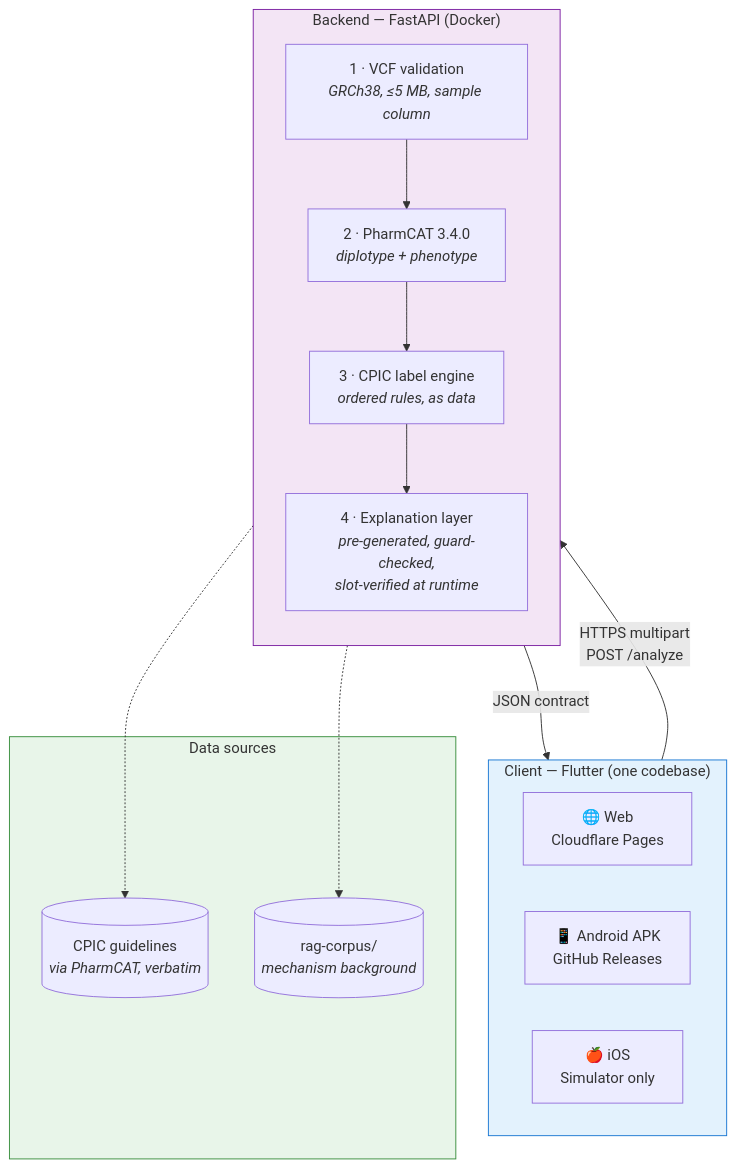
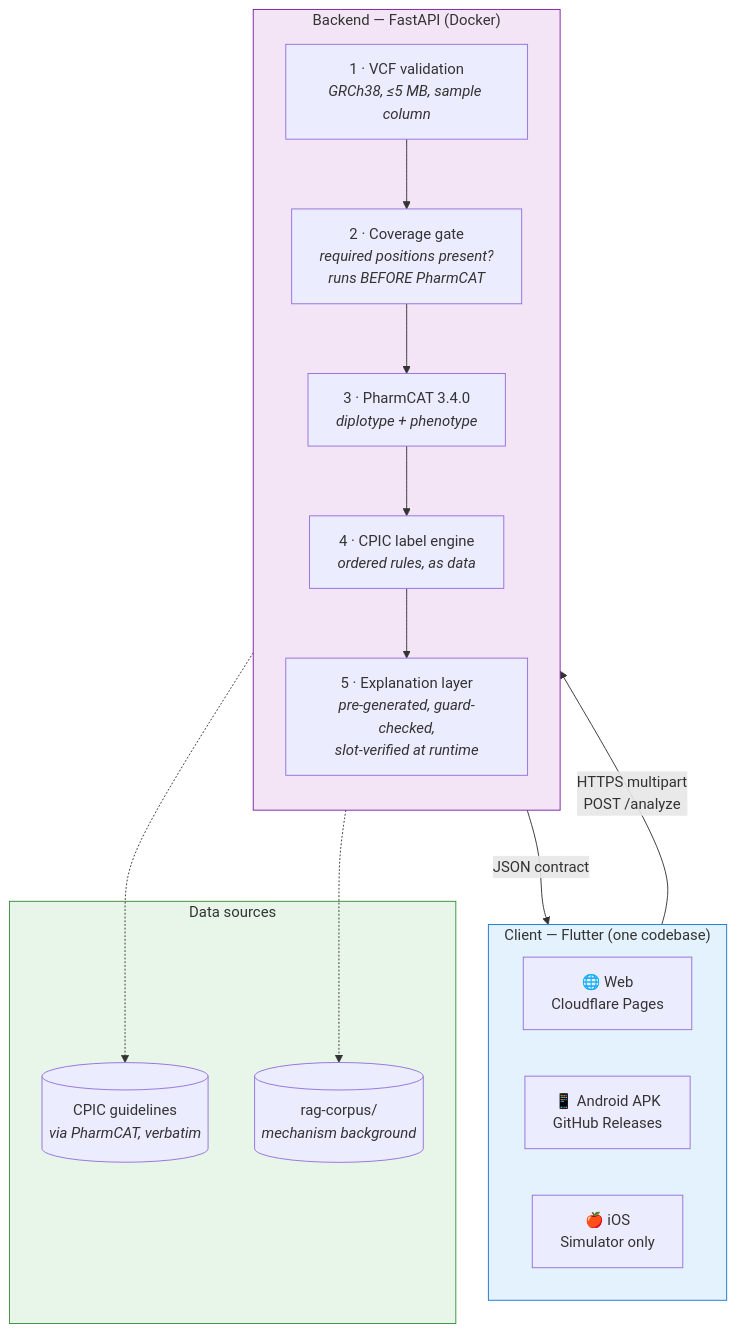
One commit to bhuvantharanath/Pharmacogenomic_Risk_Prediction_System changed the first of 2 diagrams in README.md. Above: the diagram before and after it, drawn with Mermaid. The commit also changed other lines of this file and 4 other files, not shown here.

````diff
--- a/README.md
+++ b/README.md
@@ -52,31 +61,32 @@
 ```mermaid
 flowchart TB
     subgraph client["Client — Flutter (one codebase)"]
         web["🌐 Web<br/>Cloudflare Pages"]
         android["📱 Android APK<br/>GitHub Releases"]
         ios["🍎 iOS<br/>Simulator only"]
     end
 
     subgraph backend["Backend — FastAPI (Docker)"]
         direction TB
         val["1 · VCF validation<br/><i>GRCh38, ≤5 MB, sample column</i>"]
-        pc["2 · PharmCAT 3.4.0<br/><i>diplotype + phenotype</i>"]
-        eng["3 · CPIC label engine<br/><i>ordered rules, as data</i>"]
-        exp["4 · Explanation layer<br/><i>pre-generated, guard-checked,<br/>slot-verified at runtime</i>"]
-        val --> pc --> eng --> exp
+        cov["2 · Coverage gate<br/><i>required positions present?<br/>runs BEFORE PharmCAT</i>"]
+        pc["3 · PharmCAT 3.4.0<br/><i>diplotype + phenotype</i>"]
+        eng["4 · CPIC label engine<br/><i>ordered rules, as data</i>"]
+        exp["5 · Explanation layer<br/><i>pre-generated, guard-checked,<br/>slot-verified at runtime</i>"]
+        val --> cov --> pc --> eng --> exp
     end
 
     subgraph data["Data sources"]
         cpic[("CPIC guidelines<br/><i>via PharmCAT, verbatim</i>")]
         corpus[("rag-corpus/<br/><i>mechanism background</i>")]
     end
 
     client -->|"HTTPS multipart<br/>POST /analyze"| backend
     backend -->|"JSON contract"| client
     pc -.-> cpic
     exp -.-> corpus
 
     style client fill:#e3f2fd,stroke:#1976d2
     style backend fill:#f3e5f5,stroke:#7b1fa2
     style data fill:#e8f5e9,stroke:#388e3c
 ```
````
